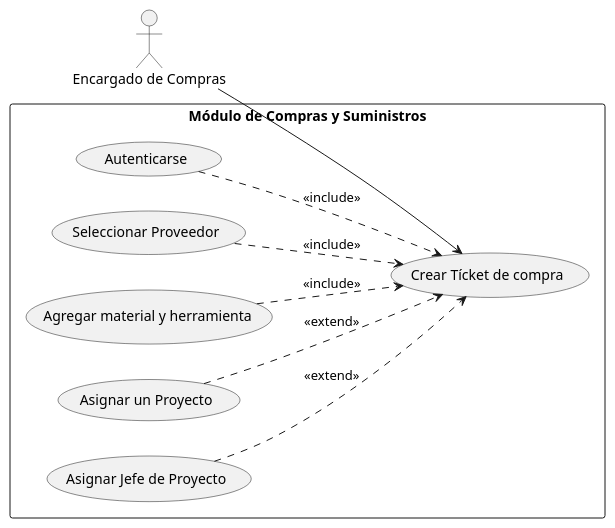
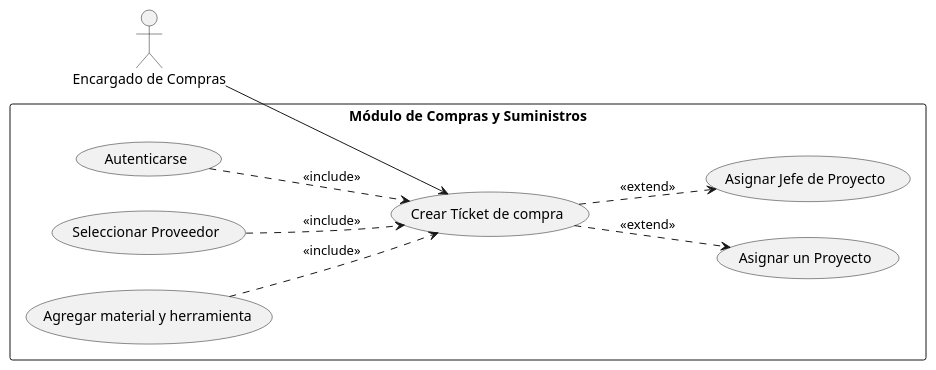
The diagram in Casos_de_Uso/generar_orden_compra.puml (davidsanchez12/Diagramas_Casos_De_Uso_AyDS), drawn with PlantUML before and after one commit. The commit also changed 3 other files, not shown here.

Commit message:
Diagrama 4

```diff
--- a/Casos_de_Uso/generar_orden_compra.puml
+++ b/Casos_de_Uso/generar_orden_compra.puml
@@ -1,36 +1,36 @@
 @startuml
 ' Esta directiva acomoda el diagrama de izquierda a derecha (estilo clásico UML)
 left to right direction
 
 ' Damos estilo rectangular al límite del sistema
 skinparam packageStyle rectangle
 
 actor "Encargado de Compras" as Compras
 
 package "Módulo de Compras y Suministros" {
     
     usecase "Crear Tícket de compra" as UC_Base
     
     ' Casos de uso obligatorios
     usecase "Autenticarse" as UC_Inc1
     usecase "Seleccionar Proveedor" as UC_Inc2
     usecase "Agregar material y herramienta" as UC_Inc3
     
     ' Casos de uso opcionales
     usecase "Asignar un Proyecto" as UC_Ext1
     usecase "Asignar Jefe de Proyecto" as UC_Ext2
 }
 
 ' Relación principal
 Compras --> UC_Base
 
 ' Relaciones INCLUDE (El caso base apunta a los incluidos)
 UC_Inc1 ..> UC_Base : <<include>>
 UC_Inc2 ..> UC_Base : <<include>>
 UC_Inc3 ..> UC_Base : <<include>>
 
 ' Relaciones EXTEND (Los casos opcionales apuntan al caso base)
-UC_Ext1 ..> UC_Base : <<extend>>
-UC_Ext2 ..> UC_Base : <<extend>>
+UC_Base ..> UC_Ext1 : <<extend>>
+UC_Base ..> UC_Ext2 : <<extend>>
 
 @enduml
```
